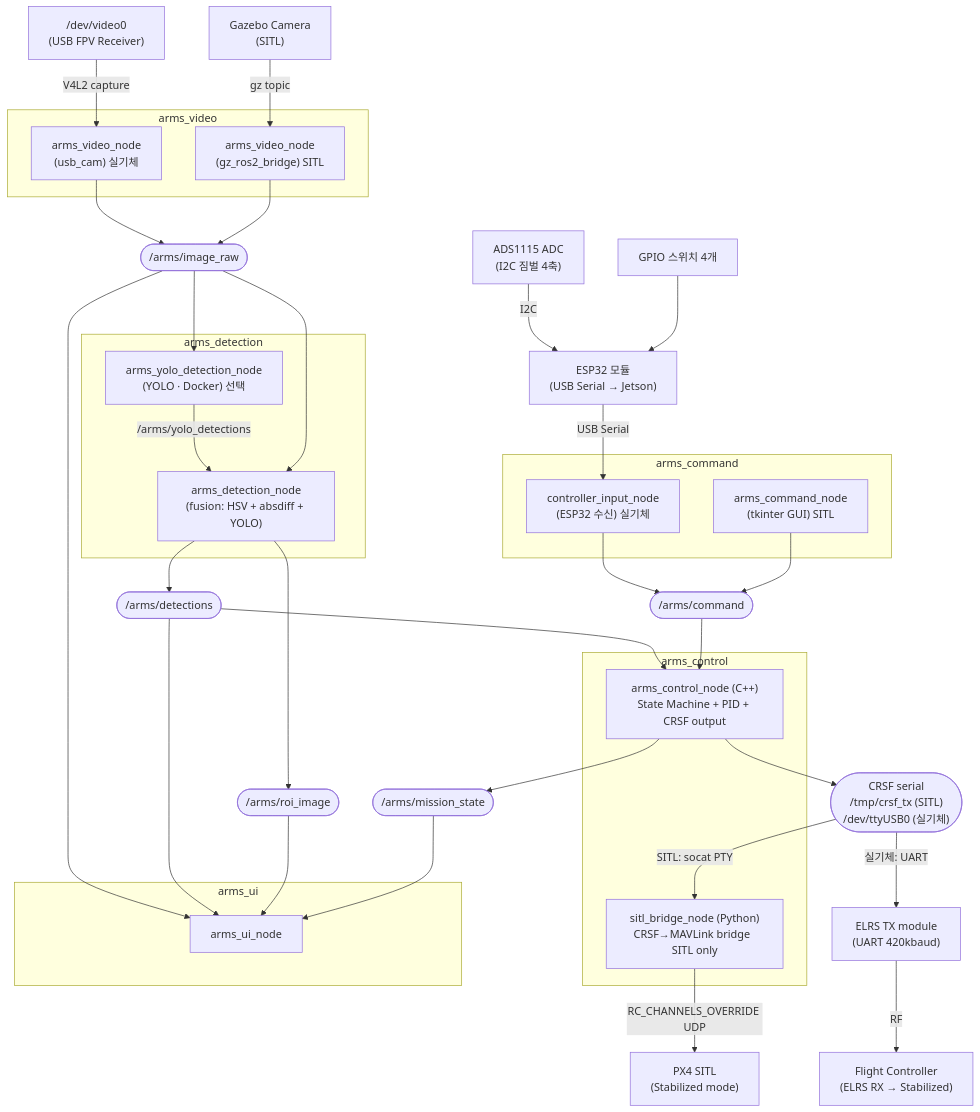
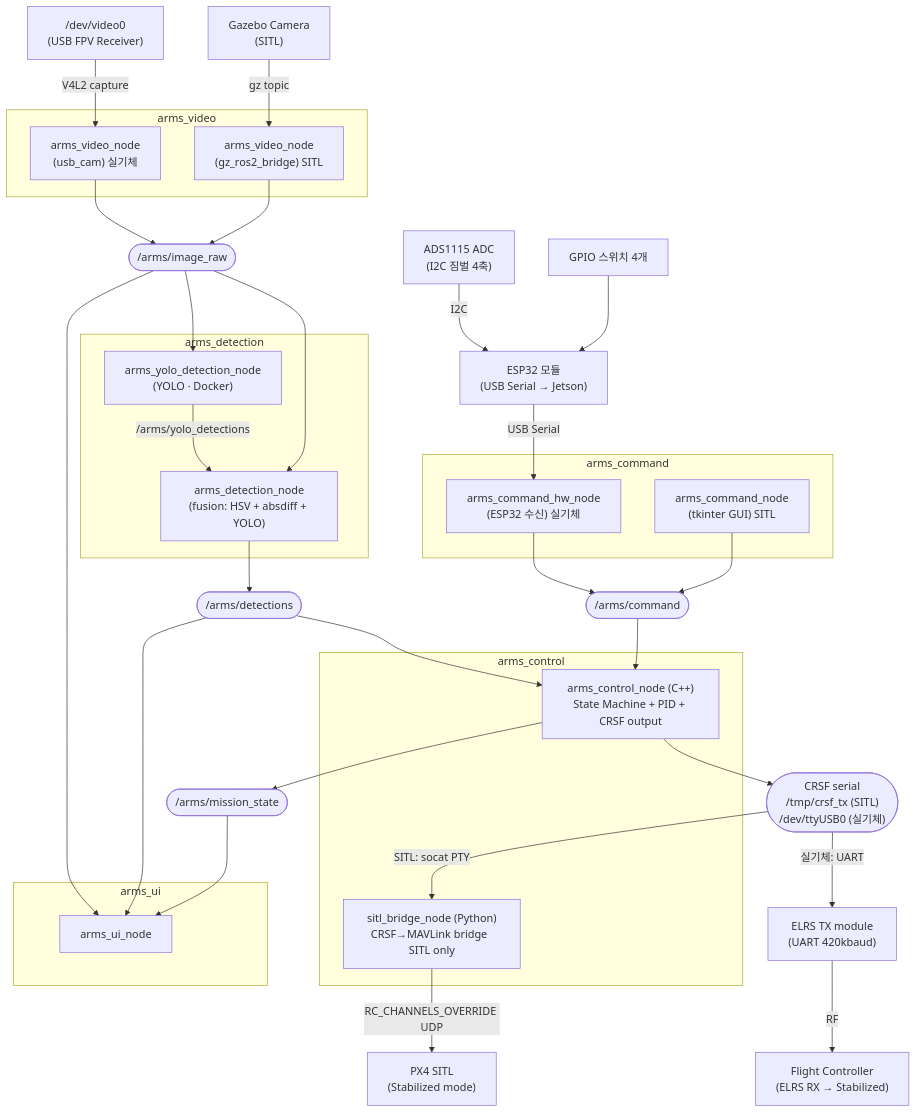
The first of 3 diagrams in SW/docs/DESIGN.md (tokhun2002/A.R.M.S.-Anti-drone-Reusable-Modular-System-), drawn with Mermaid before and after one commit. The commit also changed other lines of this file and 5 other files, not shown here.

Commit message:
refac: command node 정리

````diff
--- a/SW/docs/DESIGN.md
+++ b/SW/docs/DESIGN.md
@@ -64,72 +64,69 @@
 ```mermaid
 graph TD
     GAZEBO["Gazebo Camera<br/>(SITL)"]
     V4L2["/dev/video0<br/>(USB FPV Receiver)"]
 
     subgraph arms_video ["arms_video"]
         VN_REAL["arms_video_node<br/>(usb_cam) 실기체"]
         VN_SITL["arms_video_node<br/>(gz_ros2_bridge) SITL"]
     end
 
     IMAGE(["/arms/image_raw"])
 
     subgraph arms_detection ["arms_detection"]
-        DN_YOLO["arms_yolo_detection_node<br/>(YOLO · Docker) 선택"]
+        DN_YOLO["arms_yolo_detection_node<br/>(YOLO · Docker)"]
         DN_FUSION["arms_detection_node<br/>(fusion: HSV + absdiff + YOLO)"]
         DN_YOLO -->|/arms/yolo_detections| DN_FUSION
     end
 
     subgraph arms_command ["arms_command"]
         CMD_GUI["arms_command_node<br/>(tkinter GUI) SITL"]
-        CMD_JOY["controller_input_node<br/>(ESP32 수신) 실기체"]
+        CMD_JOY["arms_command_hw_node<br/>(ESP32 수신) 실기체"]
     end
 
     ADS1115["ADS1115 ADC<br/>(I2C 짐벌 4축)"]
     SWGPIO["GPIO 스위치 4개"]
     ESP32["ESP32 모듈<br/>(USB Serial → Jetson)"]
     JOY(["/arms/command"])
 
     DETECTIONS(["/arms/detections"])
-    ROI_IMAGE(["/arms/roi_image"])
     MISSION_STATE(["/arms/mission_state"])
     CRSF_SERIAL(["CRSF serial<br/>/tmp/crsf_tx (SITL)<br/>/dev/ttyUSB0 (실기체)"])
 
     subgraph arms_control ["arms_control"]
         CN["arms_control_node (C++)<br/>State Machine + PID + CRSF output"]
         BRIDGE["sitl_bridge_node (Python)<br/>CRSF→MAVLink bridge  SITL only"]
     end
 
     subgraph arms_ui ["arms_ui"]
         UN["arms_ui_node"]
     end
 
     FC_SITL["PX4 SITL<br/>(Stabilized mode)"]
     FC_HW["Flight Controller<br/>(ELRS RX → Stabilized)"]
     ELRS_TX["ELRS TX module<br/>(UART 420kbaud)"]
 
     V4L2 -->|V4L2 capture| VN_REAL
     GAZEBO -->|gz topic| VN_SITL
     ADS1115 -->|I2C| ESP32
     SWGPIO --> ESP32
     ESP32 -->|USB Serial| CMD_JOY
     CMD_JOY --> JOY
     CMD_GUI --> JOY
     VN_REAL --> IMAGE
     VN_SITL --> IMAGE
     IMAGE --> DN_YOLO
     IMAGE --> DN_FUSION
     IMAGE --> UN
     DN_FUSION --> DETECTIONS
-    DN_FUSION --> ROI_IMAGE
     DETECTIONS --> CN
     DETECTIONS --> UN
-    ROI_IMAGE --> UN
     JOY --> CN
     CN --> MISSION_STATE
     CN --> CRSF_SERIAL
     MISSION_STATE --> UN
     CRSF_SERIAL -->|SITL: socat PTY| BRIDGE
     BRIDGE -->|RC_CHANNELS_OVERRIDE UDP| FC_SITL
     CRSF_SERIAL -->|실기체: UART| ELRS_TX
     ELRS_TX -->|RF| FC_HW
 ```
````
